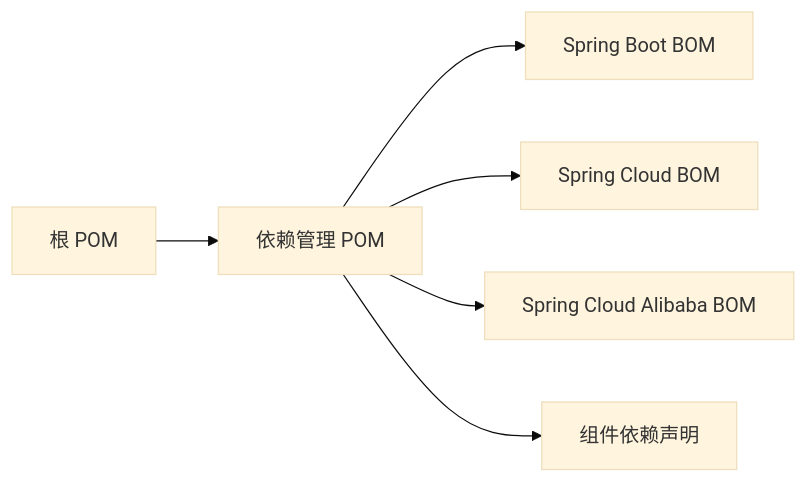
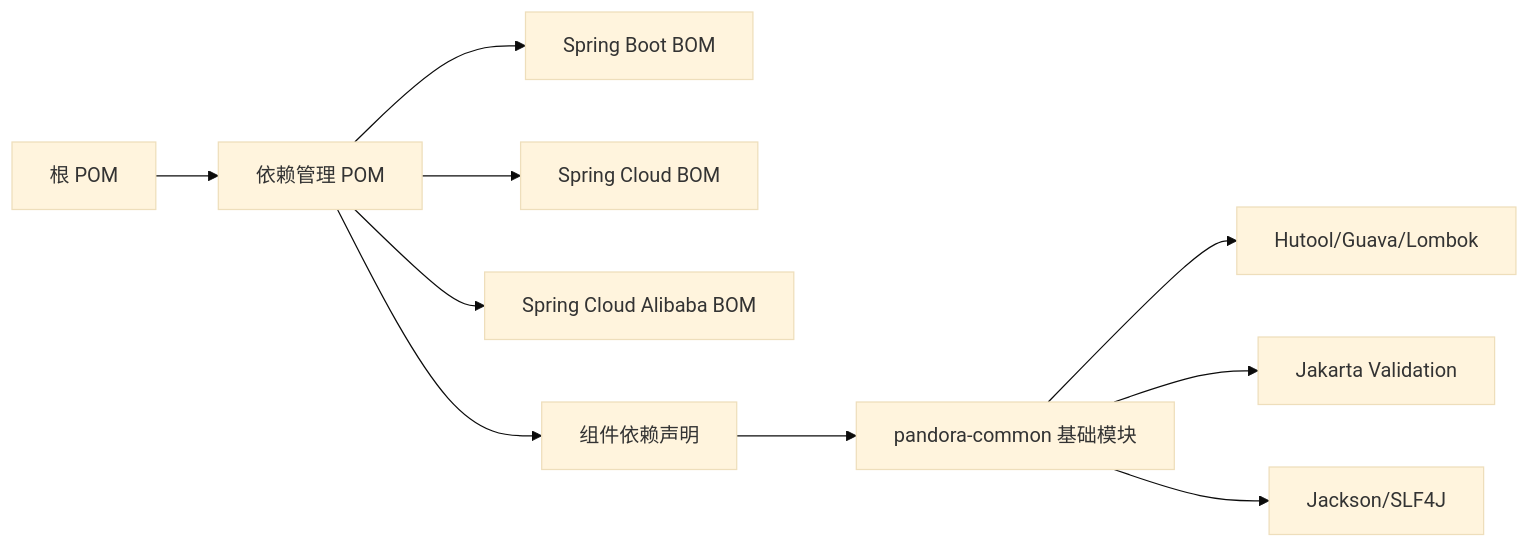
Before and after one commit to guanglei93/pandora-cloud: diagram 11 of 11 in .qoder/repowiki/zh/content/核心组件/核心组件.md, drawn with Mermaid (base theme). The commit also changed other lines of this file and 5 other files, not shown here.

Commit message:
docs: 更新架构设计文档、核心组件文档，新增 pandora-common 模块说明

````diff
--- a/.qoder/repowiki/zh/content/核心组件/核心组件.md
+++ b/.qoder/repowiki/zh/content/核心组件/核心组件.md
@@ -318,8 +534,12 @@
 ```mermaid
 graph LR
 Root["根 POM"] --> Deps["依赖管理 POM"]
 Deps --> SB["Spring Boot BOM"]
 Deps --> SC["Spring Cloud BOM"]
 Deps --> SCA["Spring Cloud Alibaba BOM"]
 Deps --> Comp["组件依赖声明"]
+Comp --> Common["pandora-common 基础模块"]
+Common --> Tools["Hutool/Guava/Lombok"]
+Common --> Validation["Jakarta Validation"]
+Common --> JSON["Jackson/SLF4J"]
 ```
````
